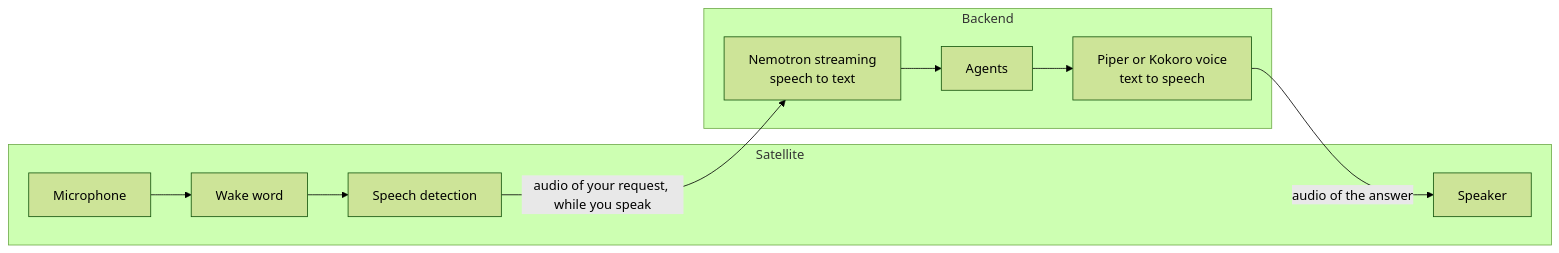
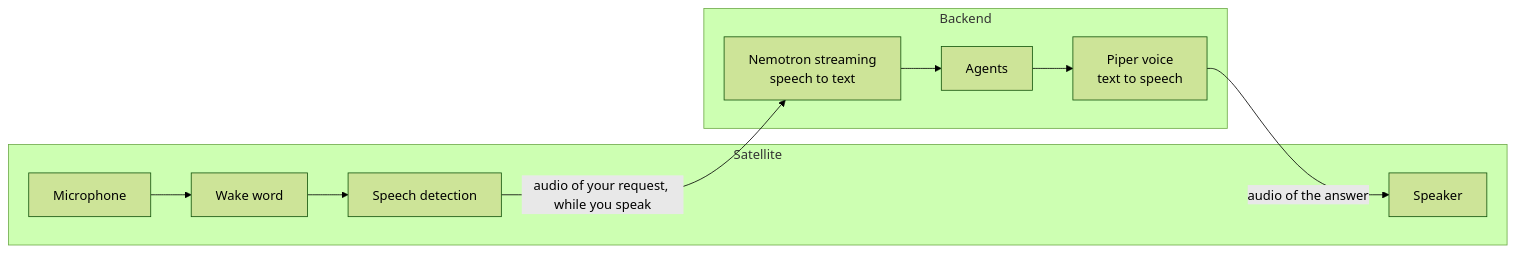
Before and after one commit to ambrogio-app/ambrogio-docs: the diagram in src/content/docs/explanation/voice.md, drawn with Mermaid (forest theme). The commit also changed other lines of this file and 9 other files, not shown here.

First line of the commit message:
Document Piper as the only voice

````diff
--- a/src/content/docs/explanation/voice.md
+++ b/src/content/docs/explanation/voice.md
@@ -10,16 +10,16 @@
 ```mermaid
 flowchart LR
     subgraph sat[Satellite]
         MIC[Microphone] --> WW[Wake word]
         WW --> VAD[Speech detection]
         SPK[Speaker]
     end
     subgraph back[Backend]
         STT[Nemotron streaming<br/>speech to text]
         AG[Agents]
-        TTS[Piper or Kokoro voice<br/>text to speech]
+        TTS[Piper voice<br/>text to speech]
     end
     VAD -- "audio of your request, while you speak" --> STT
     STT --> AG --> TTS
     TTS -- "audio of the answer" --> SPK
 ```
````
